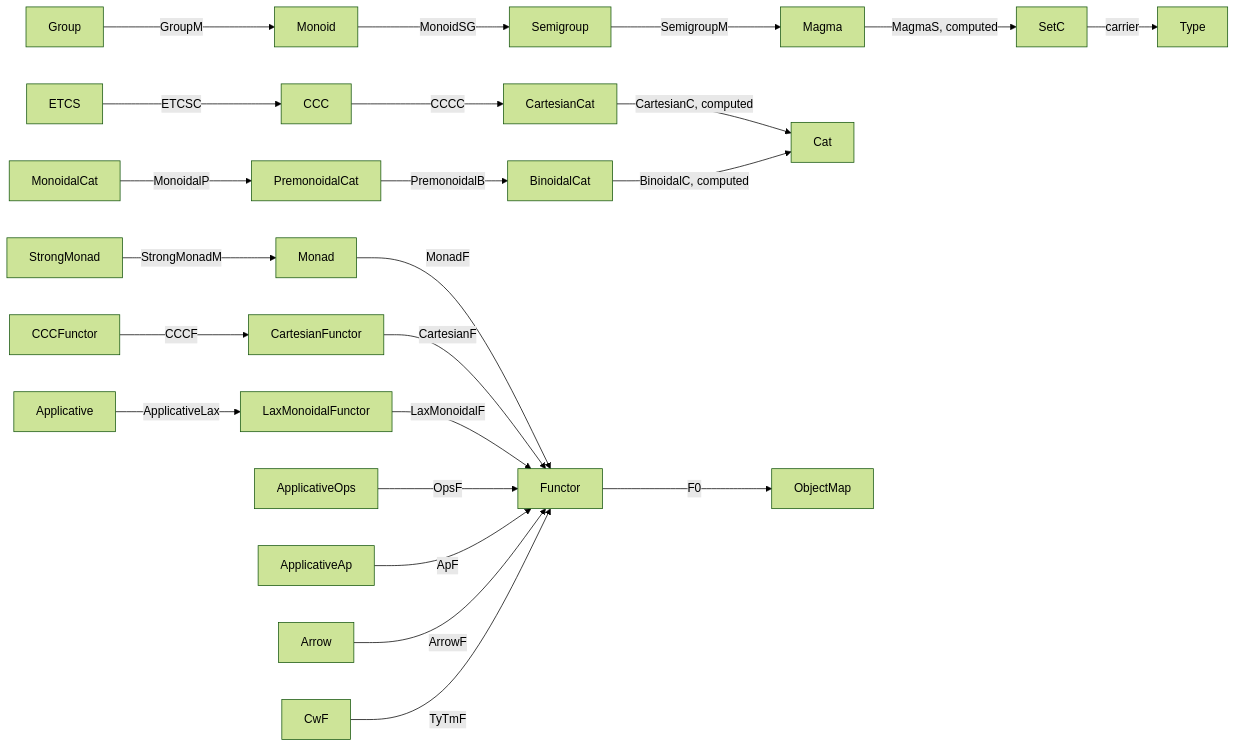
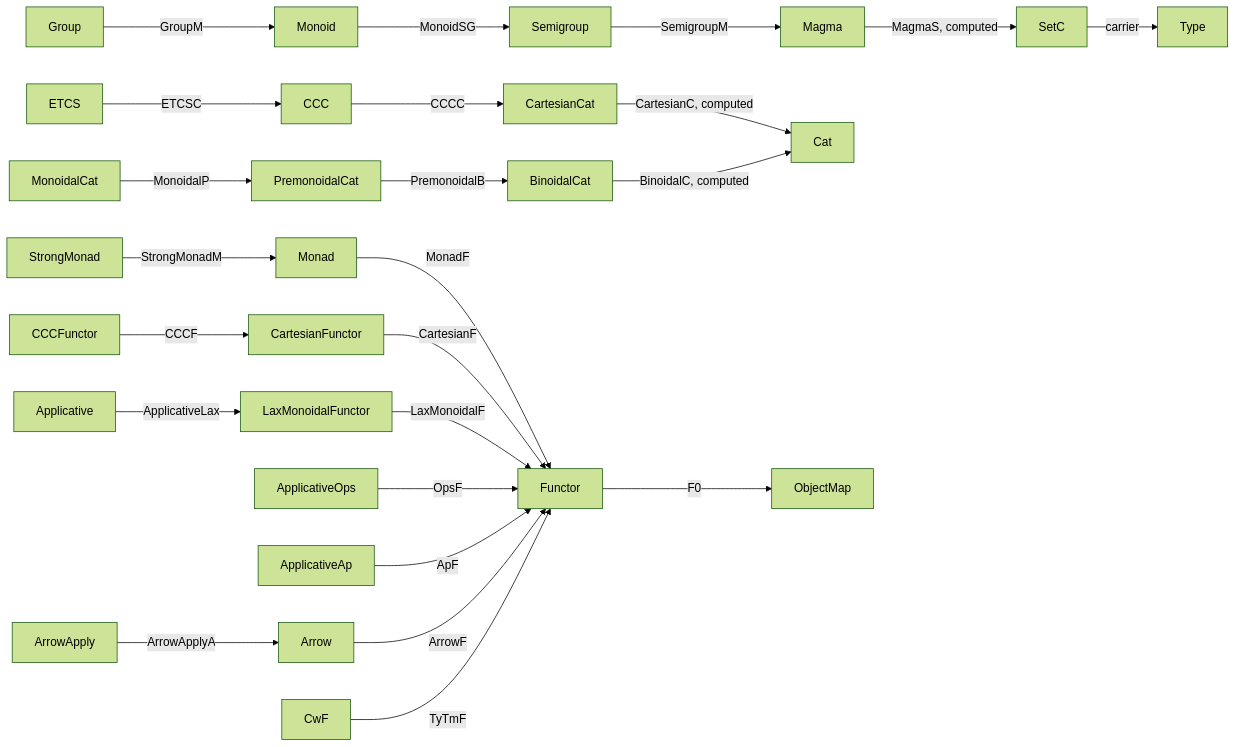
Before and after one commit to Godalin/rocq-cats: the diagram in docs/BundledInterfaces.md, drawn with Mermaid (forest theme). The commit also changed other lines of this file and 5 other files, not shown here.

````diff
--- a/docs/BundledInterfaces.md
+++ b/docs/BundledInterfaces.md
@@ -686,25 +686,26 @@
 ```mermaid
 flowchart LR
   Group -->|GroupM| Monoid
   Monoid -->|MonoidSG| Semigroup
   Semigroup -->|SemigroupM| Magma
   Magma -->|MagmaS, computed| SetC
   SetC -->|carrier| Type
   ETCS -->|ETCSC| CCC
   CCC -->|CCCC| CartesianCat
   CartesianCat -->|CartesianC, computed| Cat
   MonoidalCat -->|MonoidalP| PremonoidalCat
   PremonoidalCat -->|PremonoidalB| BinoidalCat
   BinoidalCat -->|BinoidalC, computed| Cat
   StrongMonad -->|StrongMonadM| Monad
   Monad -->|MonadF| Functor
   CCCFunctor -->|CCCF| CartesianFunctor
   CartesianFunctor -->|CartesianF| Functor
   Applicative -->|ApplicativeLax| LaxMonoidalFunctor
   LaxMonoidalFunctor -->|LaxMonoidalF| Functor
   ApplicativeOps -->|OpsF| Functor
   ApplicativeAp -->|ApF| Functor
+  ArrowApply -->|ArrowApplyA| Arrow
   Arrow -->|ArrowF| Functor
   CwF -->|TyTmF| Functor
   Functor -->|F0| ObjectMap
 ```
````
